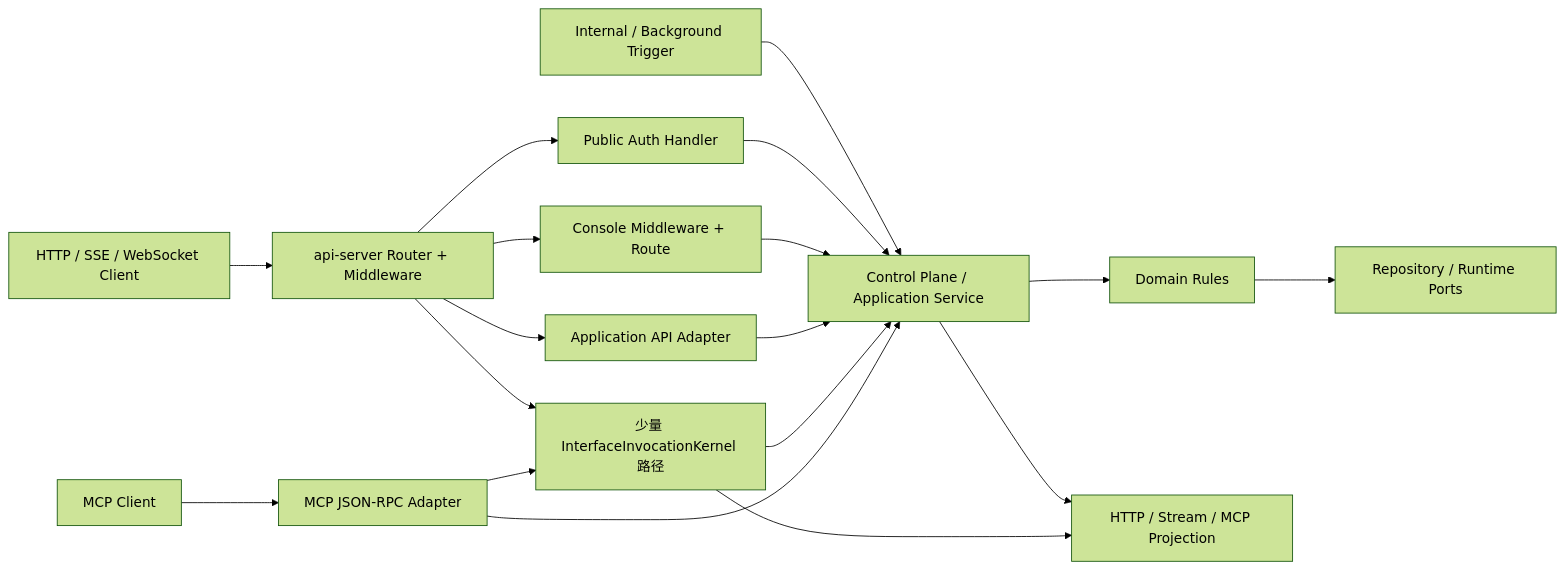
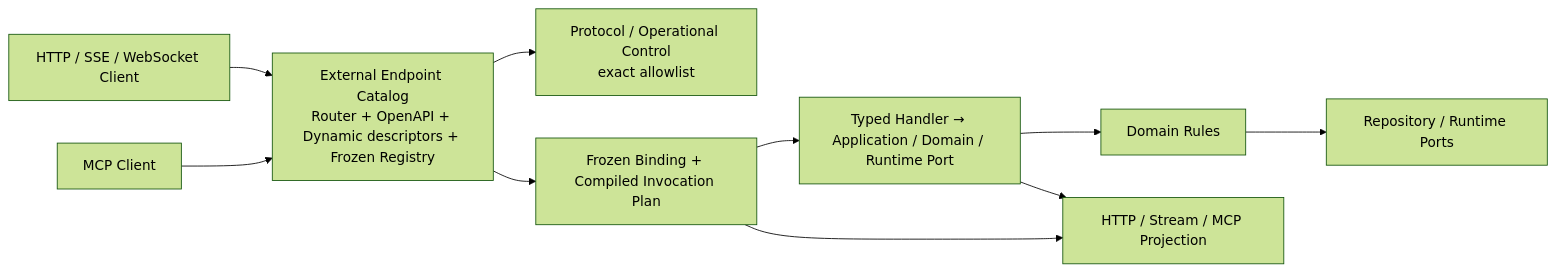
One commit to taichuy/1flowbase changed the second of 5 diagrams in docs/adr/2026-08-29-backend-request-lifecycle-current-architecture.md. Above: the diagram before and after it, drawn with Mermaid (forest theme). The commit also changed other lines of this file and 9 other files, not shown here.

Commit message:
refactor(interface): close external endpoint catalog

````diff
--- a/docs/adr/2026-08-29-backend-request-lifecycle-current-architecture.md
+++ b/docs/adr/2026-08-29-backend-request-lifecycle-current-architecture.md
@@ -85,30 +87,20 @@
 ```mermaid
 flowchart LR
     Client["HTTP / SSE / WebSocket Client"]
     McpClient["MCP Client"]
-    Internal["Internal / Background Trigger"]
-
-    Gateway["api-server Router + Middleware"]
-    PublicAuth["Public Auth Handler"]
-    Console["Console Middleware + Route"]
-    AppApi["Application API Adapter"]
-    Mcp["MCP JSON-RPC Adapter"]
-    Typed["少量 InterfaceInvocationKernel 路径"]
-    Service["Control Plane / Application Service"]
+    Catalog["External Endpoint Catalog<br/>Router + OpenAPI + Dynamic descriptors + Frozen Registry"]
+    Controls["Protocol / Operational Control<br/>exact allowlist"]
+    Typed["Frozen Binding + Compiled Invocation Plan"]
+    Service["Typed Handler → Application / Domain / Runtime Port"]
     Domain["Domain Rules"]
     Infra["Repository / Runtime Ports"]
     Projection["HTTP / Stream / MCP Projection"]
 
-    Client --> Gateway
-    McpClient --> Mcp
-    Internal --> Service
-    Gateway --> PublicAuth --> Service
-    Gateway --> Console --> Service
-    Gateway --> AppApi --> Service
-    Gateway --> Typed --> Service
-    Mcp --> Typed
-    Mcp --> Service
+    Client --> Catalog
+    McpClient --> Catalog
+    Catalog --> Controls
+    Catalog --> Typed --> Service
     Service --> Domain --> Infra
     Service --> Projection
     Typed --> Projection
 ```
````
